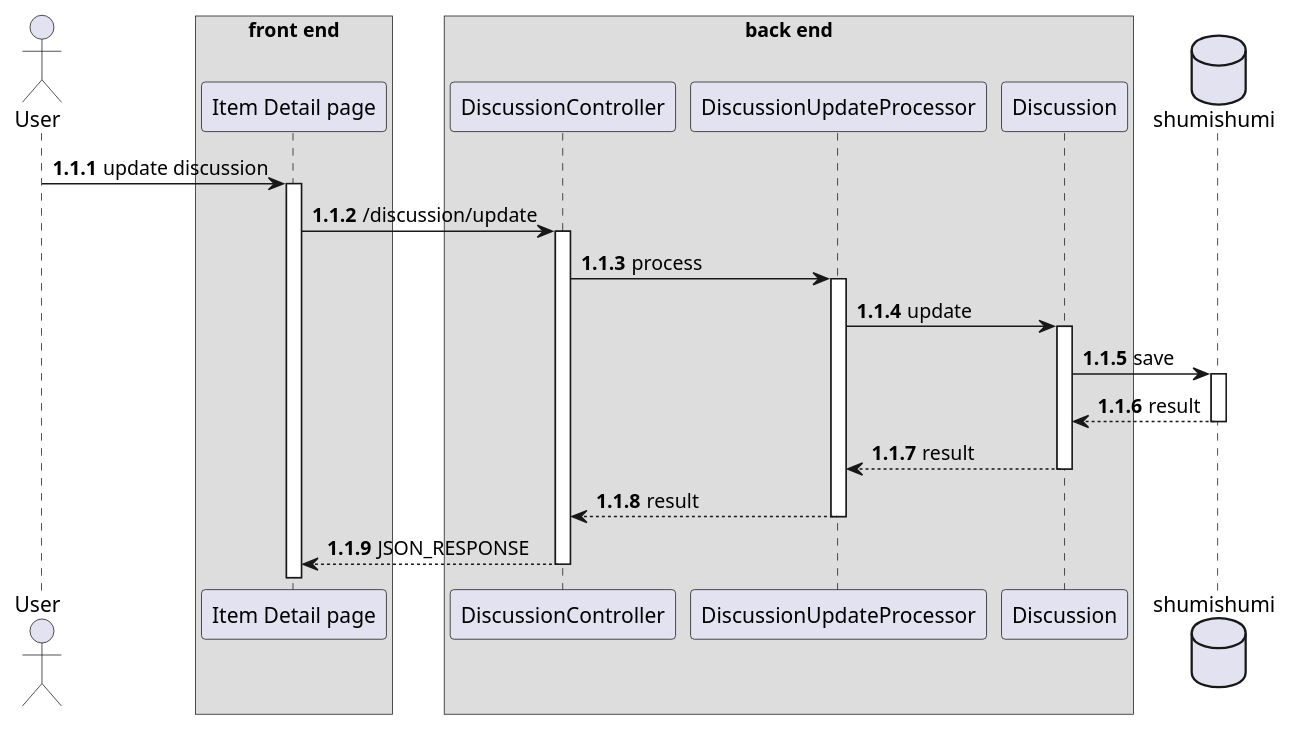
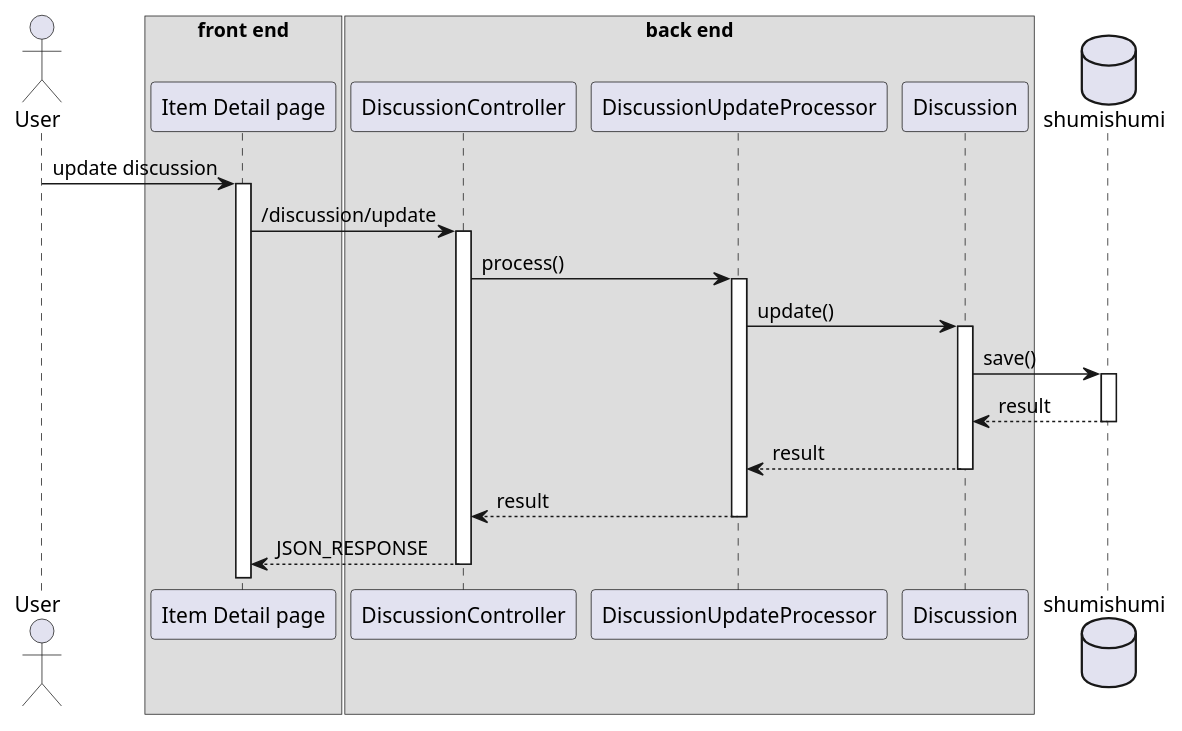
One commit to aldihsuhandi/skripsi-2023 changed the diagram in uml diagram/sequence diagram/discussion/update discussion.pu. Above: the diagram before and after it, drawn with PlantUML. The commit also changed 68 other files, not shown here.

Commit message:
fix sequence diagram

```diff
--- a/uml diagram/sequence diagram/discussion/update discussion.pu
+++ b/uml diagram/sequence diagram/discussion/update discussion.pu
@@ -1,31 +1,31 @@
 @startuml update discussion
-autonumber 1.1.1
+'autonumber 1.1.1
 
 actor User as u
 
 box "front end"
 participant "Item Detail page" as detail
 end box
 
 box "back end"
 participant "DiscussionController" as dc
 
 participant "DiscussionUpdateProcessor" as proc
 participant "Discussion" as dm
 end box
 
 database shumishumi as db
 
 u -> detail++ : update discussion
 detail -> dc++ : /discussion/update
 
-dc -> proc++ : process
+dc -> proc++ : process()
 
-proc -> dm++ : update
-dm -> db++ : save
+proc -> dm++ : update()
+dm -> db++ : save()
 return result
 return result
 return result
 return JSON_RESPONSE
 
 @enduml
```
